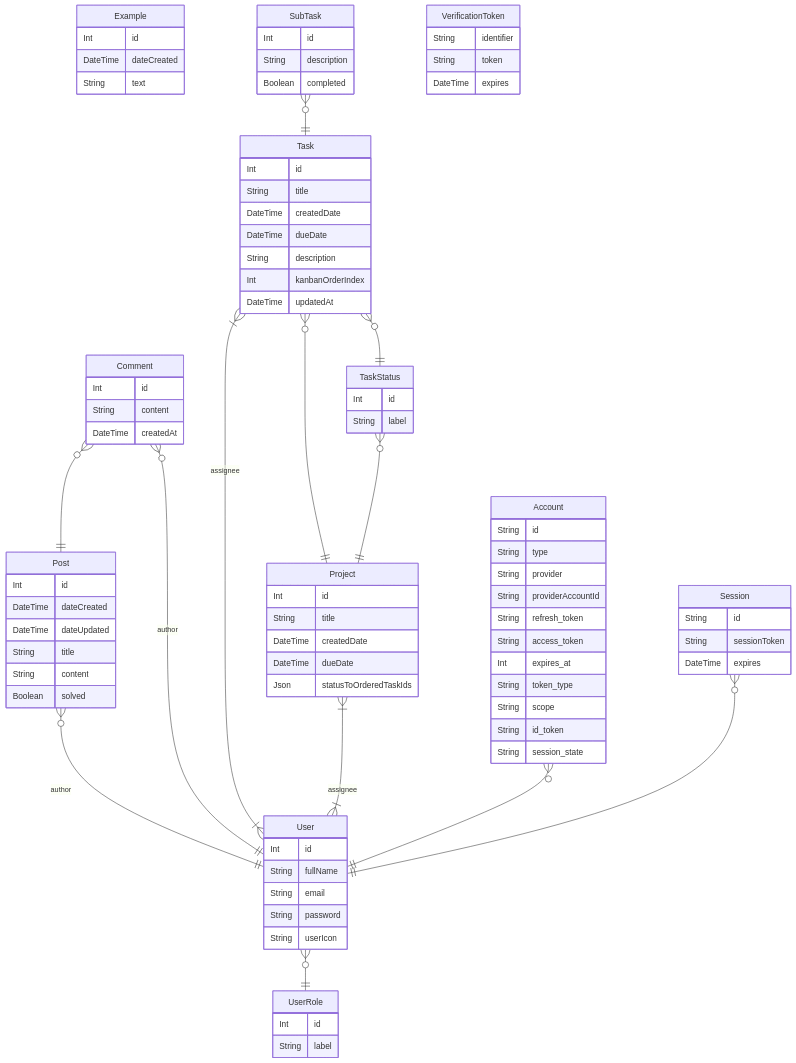
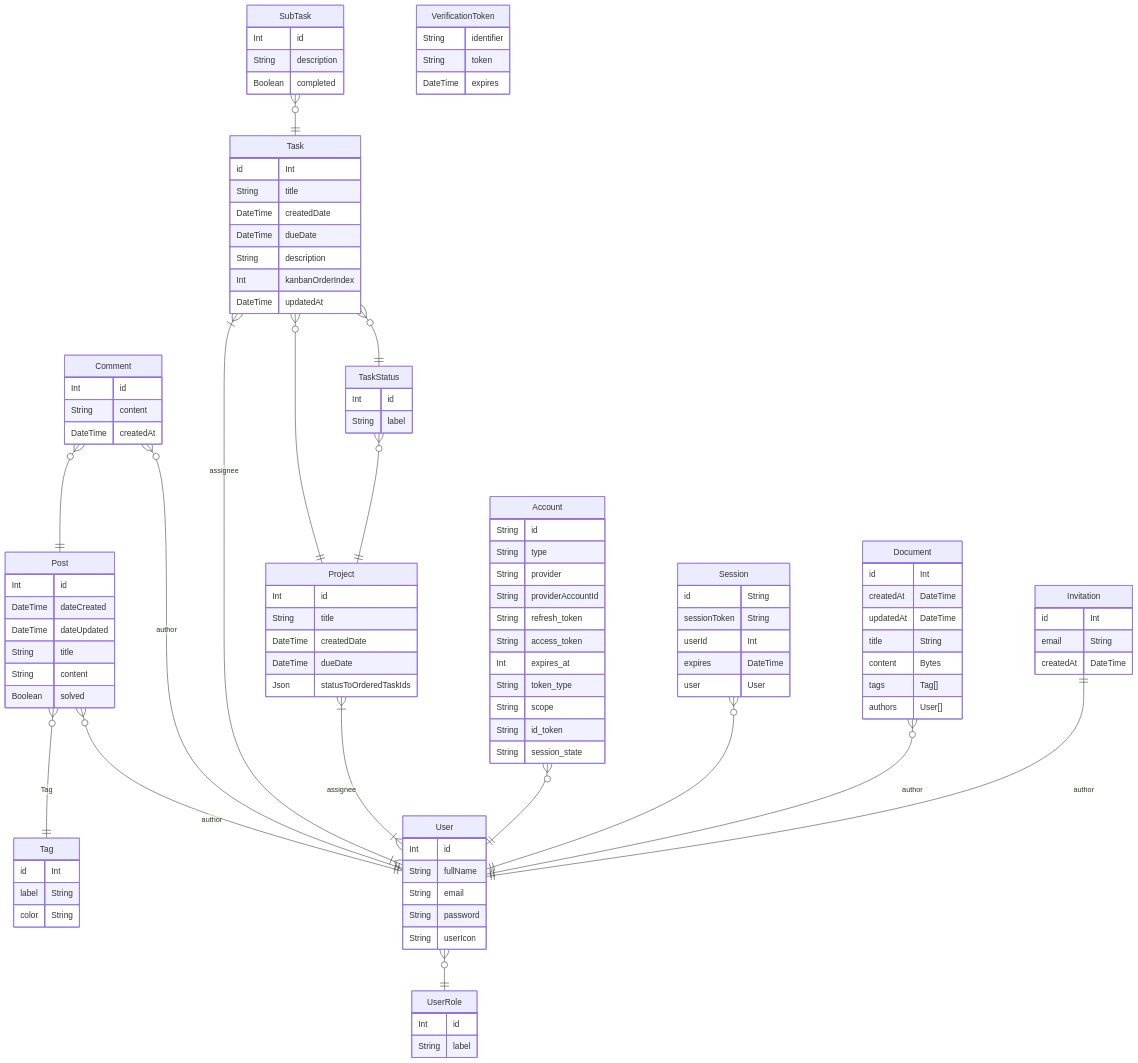
Before and after one commit to DawidWraga/team-project: the first of 2 diagrams in README.md, drawn with Mermaid.

Commit message:
updated ERD

````diff
--- a/README.md
+++ b/README.md
@@ -12,11 +12,21 @@
 ```mermaid
-erDiagram
-  Example {
-    Int id
-    DateTime dateCreated
-    String text  
-  }
+  erDiagram
 
+Document {
+  id        Int     
+  createdAt DateTime
+  updatedAt DateTime 
+  title     String
+  content   Bytes
+  tags      Tag[]
+  authors   User[]
+}
+
+Tag {
+  id    Int    
+  label String 
+  color String 
+}
 
   Post {
     Int id
@@ -49,9 +59,14 @@
     String label  
   }
 
+Invitation {
+  id        Int  
+  email     String 
+  createdAt DateTime
+}
 
   Task {
-    Int id
+    id Int 
     String title
     DateTime createdDate
     DateTime dueDate
@@ -99,9 +114,11 @@
 
 
   Session {
-    String id
-    String sessionToken
-    DateTime expires  
+  id           String 
+  sessionToken String  
+  userId       Int      
+  expires      DateTime
+  user         User
   }
 
 
@@ -123,6 +140,9 @@
     TaskStatus o{--|| Project : ""
     Account o{--|| User : ""
     Session o{--|| User : ""
+    Document o{--|| User : "author"
+    Post o{--|| Tag : "Tag"
+    Invitation ||--|| User : "author"
 
 
 ```
````
